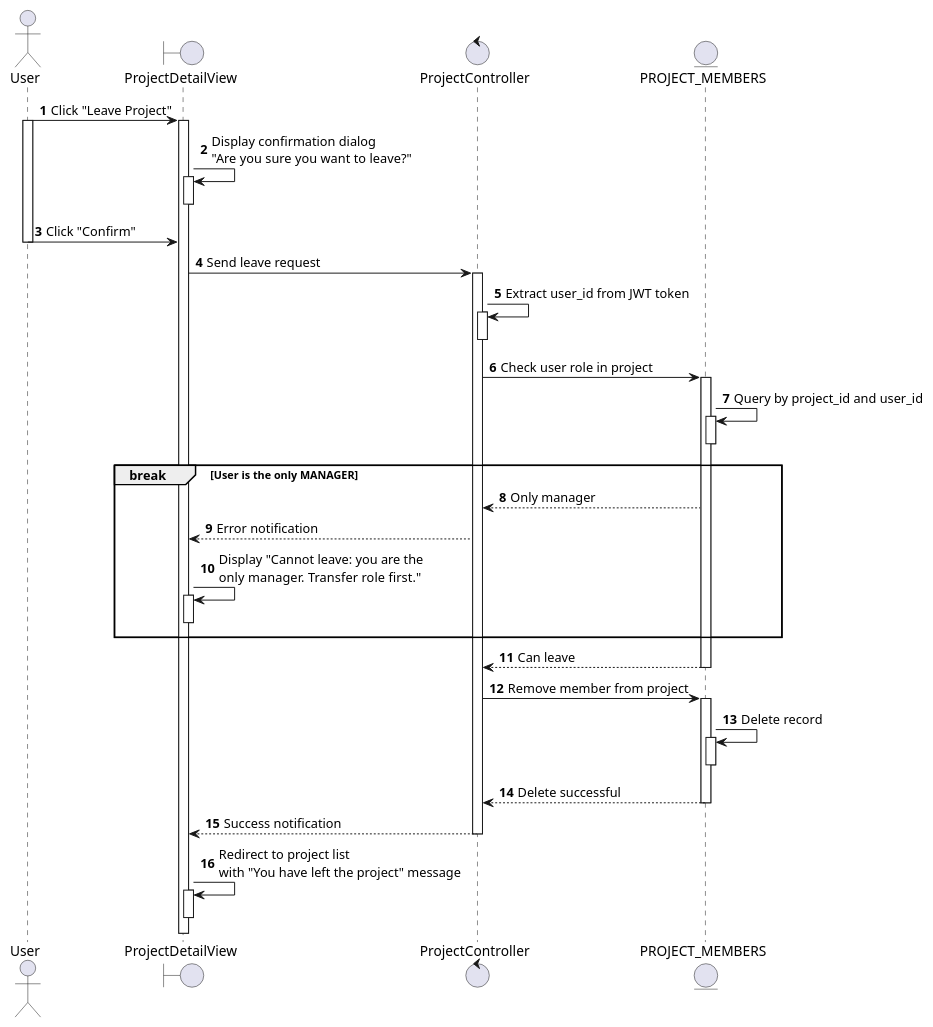
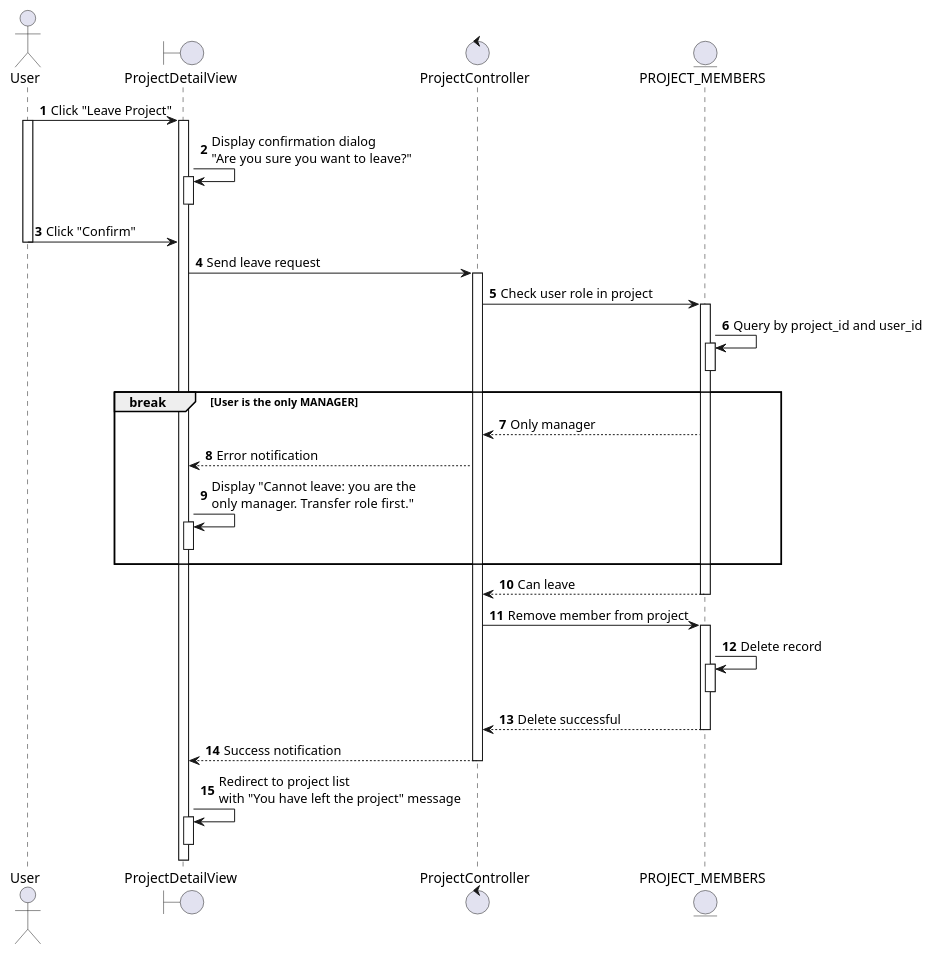
Before and after one commit to taskpilot-platform/taskpilot-platform.github.io: the diagram in docs/docs/sequence/project-management/leave-project.md, drawn with PlantUML. The commit also changed 65 other files, not shown here.

Commit message:
docs: Add new sequence diagrams for various platform functionalities including project, task, sprint, user, and AI assistant management.

````diff
--- a/docs/docs/sequence/project-management/leave-project.md
+++ b/docs/docs/sequence/project-management/leave-project.md
@@ -3,58 +3,55 @@
 ```plantuml
 @startuml
 autonumber
 
 actor User as U
 boundary ProjectDetailView as PDV
 control ProjectController as PC
 entity PROJECT_MEMBERS as PM
 
 U -> PDV: Click "Leave Project"
 activate U
 activate PDV
 PDV -> PDV: Display confirmation dialog\n"Are you sure you want to leave?"
 activate PDV
 deactivate PDV
 
 U -> PDV: Click "Confirm"
 deactivate U
 
 PDV -> PC: Send leave request
 activate PC
-PC -> PC: Extract user_id from JWT token
-activate PC
-deactivate PC
 
 PC -> PM: Check user role in project
 activate PM
 PM -> PM: Query by project_id and user_id
 activate PM
 deactivate PM
 
 break User is the only MANAGER
   PC <-- PM: Only manager
   PDV <-- PC: Error notification
   PDV -> PDV: Display "Cannot leave: you are the\nonly manager. Transfer role first."
   activate PDV
   deactivate PDV
 end
 
 PC <-- PM: Can leave
 deactivate PM
 
 PC -> PM: Remove member from project
 activate PM
 PM -> PM: Delete record
 activate PM
 deactivate PM
 PC <-- PM: Delete successful
 deactivate PM
 
 PDV <-- PC: Success notification
 deactivate PC
 PDV -> PDV: Redirect to project list\nwith "You have left the project" message
 activate PDV
 deactivate PDV
 
 @enduml
 ```
````
